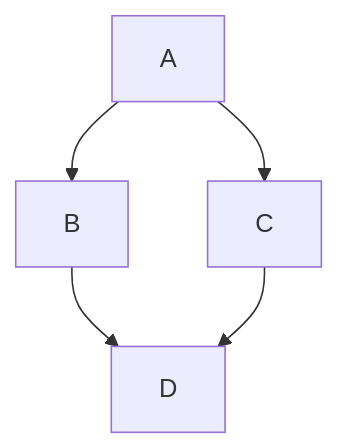
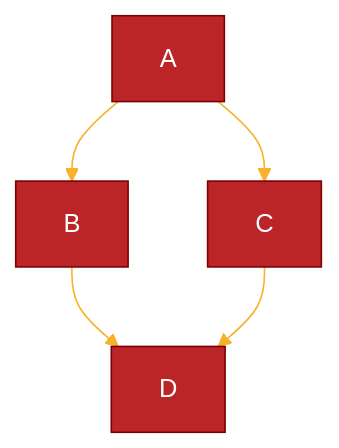
One commit to pandoc-ext/diagram changed the diagram in test/input-mermaid.md. Above: the diagram before and after it, drawn with Mermaid. The commit also changed 3 other files, not shown here.

````diff
--- a/test/input-mermaid.md
+++ b/test/input-mermaid.md
@@ -5,9 +5,22 @@
 ``` mermaid
 %%| filename: flowchart
 %%| fig-cap: A simple flowchart.
+%%{
+  init: {
+    'theme': 'base',
+    'themeVariables': {
+      'primaryColor': '#BB2528',
+      'primaryTextColor': '#fff',
+      'primaryBorderColor': '#7C0000',
+      'lineColor': '#F8B229',
+      'secondaryColor': '#006100',
+      'tertiaryColor': '#fff'
+    }
+  }
+}%%
 graph TD;
     A-->B;
     A-->C;
     B-->D;
     C-->D;
 ```
````
